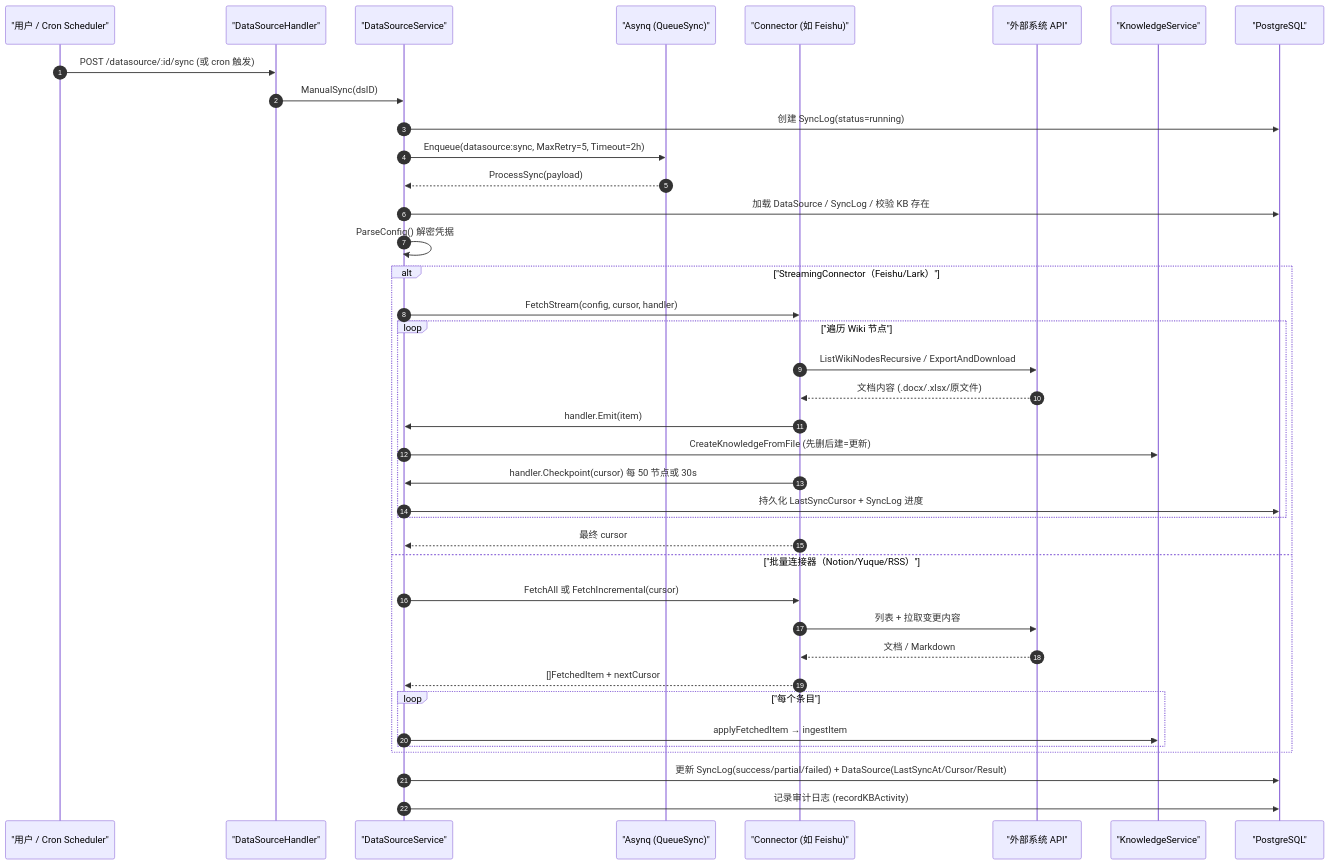
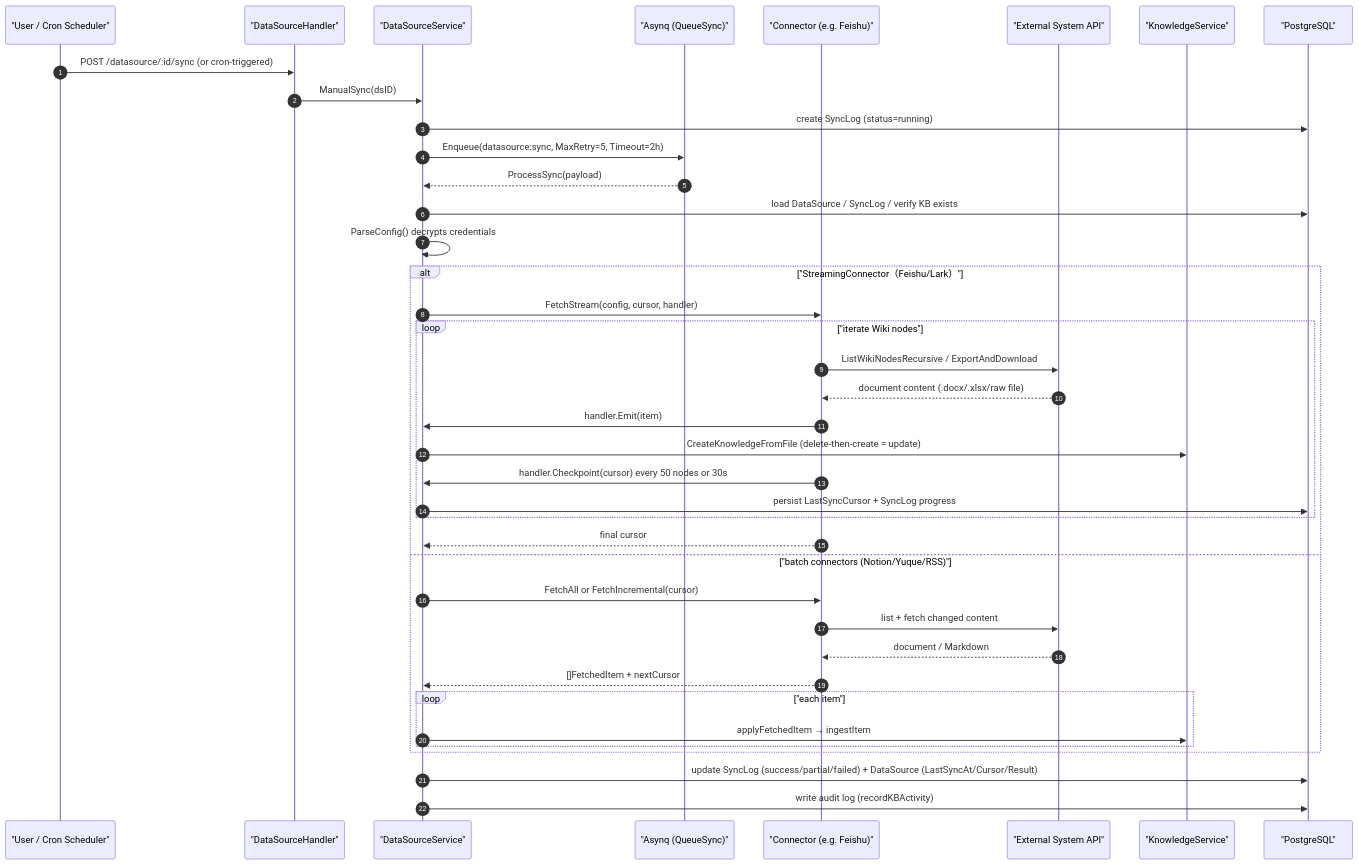
One commit to quantmind-br/WeKnora changed the second of 2 diagrams in website-docs/03-features/10-datasource.md. Above: the diagram before and after it, drawn with Mermaid. The commit also changed other lines of this file and 27 other files, not shown here.

First line of the commit message:
i18n: translate remaining docs diagrams, anchors, code samples and API examples

````diff
--- a/website-docs/03-features/10-datasource.md
+++ b/website-docs/03-features/10-datasource.md
@@ -183,42 +183,42 @@
 ```mermaid
 sequenceDiagram
     autonumber
-    participant U as "用户 / Cron Scheduler"
+    participant U as "User / Cron Scheduler"
     participant H as "DataSourceHandler"
     participant S as "DataSourceService"
     participant Q as "Asynq (QueueSync)"
-    participant C as "Connector (如 Feishu)"
-    participant EXT as "外部系统 API"
+    participant C as "Connector (e.g. Feishu)"
+    participant EXT as "External System API"
     participant K as "KnowledgeService"
     participant DB as "PostgreSQL"
 
-    U->>H: POST /datasource/:id/sync (或 cron 触发)
+    U->>H: POST /datasource/:id/sync (or cron-triggered)
     H->>S: ManualSync(dsID)
-    S->>DB: 创建 SyncLog(status=running)
+    S->>DB: create SyncLog (status=running)
     S->>Q: Enqueue(datasource:sync, MaxRetry=5, Timeout=2h)
     Q-->>S: ProcessSync(payload)
-    S->>DB: 加载 DataSource / SyncLog / 校验 KB 存在
-    S->>S: ParseConfig() 解密凭据
+    S->>DB: load DataSource / SyncLog / verify KB exists
+    S->>S: ParseConfig() decrypts credentials
     alt "StreamingConnector（Feishu/Lark）"
         S->>C: FetchStream(config, cursor, handler)
-        loop "遍历 Wiki 节点"
+        loop "iterate Wiki nodes"
             C->>EXT: ListWikiNodesRecursive / ExportAndDownload
-            EXT-->>C: 文档内容 (.docx/.xlsx/原文件)
+            EXT-->>C: document content (.docx/.xlsx/raw file)
             C->>S: handler.Emit(item)
-            S->>K: CreateKnowledgeFromFile (先删后建=更新)
-            C->>S: handler.Checkpoint(cursor) 每 50 节点或 30s
-            S->>DB: 持久化 LastSyncCursor + SyncLog 进度
+            S->>K: CreateKnowledgeFromFile (delete-then-create = update)
+            C->>S: handler.Checkpoint(cursor) every 50 nodes or 30s
+            S->>DB: persist LastSyncCursor + SyncLog progress
         end
-        C-->>S: 最终 cursor
-    else "批量连接器（Notion/Yuque/RSS）"
-        S->>C: FetchAll 或 FetchIncremental(cursor)
-        C->>EXT: 列表 + 拉取变更内容
-        EXT-->>C: 文档 / Markdown
+        C-->>S: final cursor
+    else "batch connectors (Notion/Yuque/RSS)"
+        S->>C: FetchAll or FetchIncremental(cursor)
+        C->>EXT: list + fetch changed content
+        EXT-->>C: document / Markdown
         C-->>S: []FetchedItem + nextCursor
-        loop "每个条目"
+        loop "each item"
             S->>K: applyFetchedItem → ingestItem
         end
     end
-    S->>DB: 更新 SyncLog(success/partial/failed) + DataSource(LastSyncAt/Cursor/Result)
-    S->>DB: 记录审计日志 (recordKBActivity)
+    S->>DB: update SyncLog (success/partial/failed) + DataSource (LastSyncAt/Cursor/Result)
+    S->>DB: write audit log (recordKBActivity)
 ```
````
